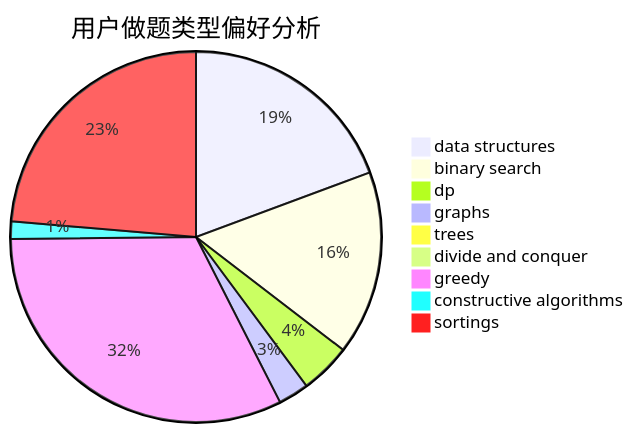
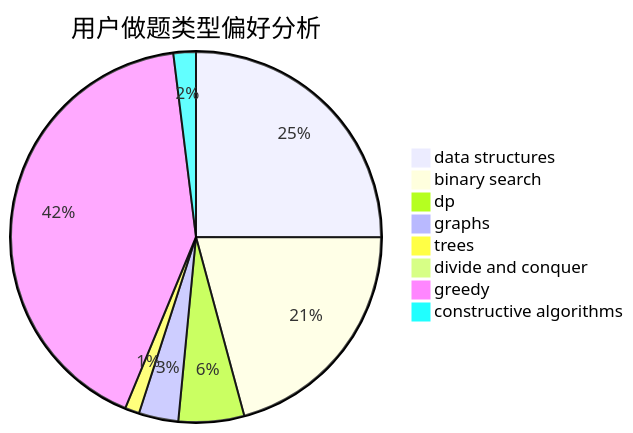
One commit to sherpahu/cfrs.github.io changed the second of 3 diagrams in docs/user/u170.md. Above: the diagram before and after it, drawn with Mermaid. The commit also changed other lines of this file and 2769 other files, not shown here.

````diff
--- a/docs/user/u170.md
+++ b/docs/user/u170.md
@@ -18,12 +18,11 @@
 ```mermaid
 pie title 用户做题类型偏好分析
     "data structures" :  319
     "binary search" :  265
     "dp" :  73
     "graphs" :  44
     "trees" :  16
     "divide and conquer" :  9
     "greedy" :  533
     "constructive algorithms" :  25
-    "sortings" :  390
 ```
````
